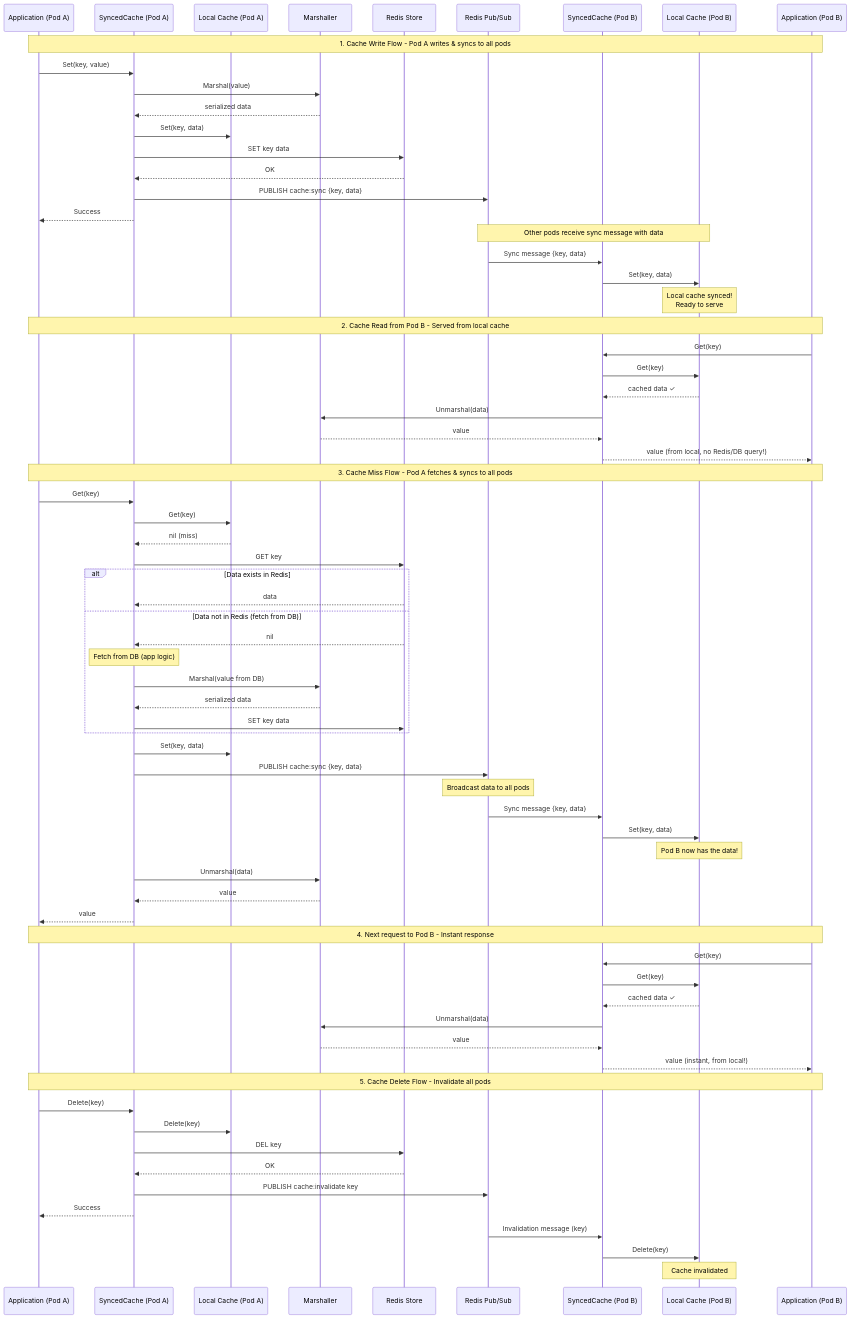
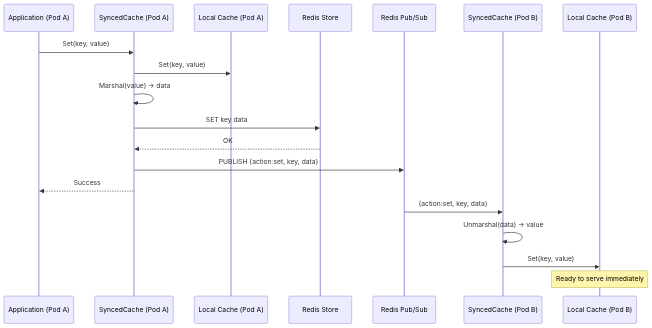
Before and after one commit to huykn/distributed-cache: the first of 7 diagrams in README.md, drawn with Mermaid. The commit also changed other lines of this file and 4 other files, not shown here.

````diff
--- a/README.md
+++ b/README.md
@@ -30,78 +34,22 @@
 ```mermaid
 sequenceDiagram
     participant AppA as Application (Pod A)
     participant CacheA as SyncedCache (Pod A)
     participant LocalA as Local Cache (Pod A)
-    participant Serializer as Marshaller
     participant Redis as Redis Store
     participant PubSub as Redis Pub/Sub
     participant CacheB as SyncedCache (Pod B)
     participant LocalB as Local Cache (Pod B)
-    participant AppB as Application (Pod B)
 
-    Note over AppA,AppB: 1. Cache Write Flow - Pod A writes & syncs to all pods
     AppA->>CacheA: Set(key, value)
-    CacheA->>Serializer: Marshal(value)
-    Serializer-->>CacheA: serialized data
-    CacheA->>LocalA: Set(key, data)
+    CacheA->>LocalA: Set(key, value)
+    CacheA->>CacheA: Marshal(value) → data
     CacheA->>Redis: SET key data
     Redis-->>CacheA: OK
-    CacheA->>PubSub: PUBLISH cache:sync {key, data}
+    CacheA->>PubSub: PUBLISH {action:set, key, data}
     CacheA-->>AppA: Success
-
-    Note over PubSub,LocalB: Other pods receive sync message with data
-    PubSub->>CacheB: Sync message {key, data}
-    CacheB->>LocalB: Set(key, data)
-    Note over LocalB: Local cache synced!<br/>Ready to serve
-
-    Note over AppA,AppB: 2. Cache Read from Pod B - Served from local cache
-    AppB->>CacheB: Get(key)
-    CacheB->>LocalB: Get(key)
-    LocalB-->>CacheB: cached data ✓
-    CacheB->>Serializer: Unmarshal(data)
-    Serializer-->>CacheB: value
-    CacheB-->>AppB: value (from local, no Redis/DB query!)
-
-    Note over AppA,AppB: 3. Cache Miss Flow - Pod A fetches & syncs to all pods
-    AppA->>CacheA: Get(key)
-    CacheA->>LocalA: Get(key)
-    LocalA-->>CacheA: nil (miss)
-    CacheA->>Redis: GET key
-    alt Data exists in Redis
-        Redis-->>CacheA: data
-    else Data not in Redis (fetch from DB)
-        Redis-->>CacheA: nil
-        Note over CacheA: Fetch from DB (app logic)
-        CacheA->>Serializer: Marshal(value from DB)
-        Serializer-->>CacheA: serialized data
-        CacheA->>Redis: SET key data
-    end
-    CacheA->>LocalA: Set(key, data)
-    CacheA->>PubSub: PUBLISH cache:sync {key, data}
-    Note over PubSub: Broadcast data to all pods
-    PubSub->>CacheB: Sync message {key, data}
-    CacheB->>LocalB: Set(key, data)
-    Note over LocalB: Pod B now has the data!
-    CacheA->>Serializer: Unmarshal(data)
-    Serializer-->>CacheA: value
-    CacheA-->>AppA: value
-
-    Note over AppA,AppB: 4. Next request to Pod B - Instant response
-    AppB->>CacheB: Get(key)
-    CacheB->>LocalB: Get(key)
-    LocalB-->>CacheB: cached data ✓
-    CacheB->>Serializer: Unmarshal(data)
-    Serializer-->>CacheB: value
-    CacheB-->>AppB: value (instant, from local!)
-
-    Note over AppA,AppB: 5. Cache Delete Flow - Invalidate all pods
-    AppA->>CacheA: Delete(key)
-    CacheA->>LocalA: Delete(key)
-    CacheA->>Redis: DEL key
-    Redis-->>CacheA: OK
-    CacheA->>PubSub: PUBLISH cache:invalidate key
-    CacheA-->>AppA: Success
-    PubSub->>CacheB: Invalidation message (key)
-    CacheB->>LocalB: Delete(key)
-    Note over LocalB: Cache invalidated
+    PubSub->>CacheB: {action:set, key, data}
+    CacheB->>CacheB: Unmarshal(data) → value
+    CacheB->>LocalB: Set(key, value)
+    Note over LocalB: Ready to serve immediately
 ```
````
